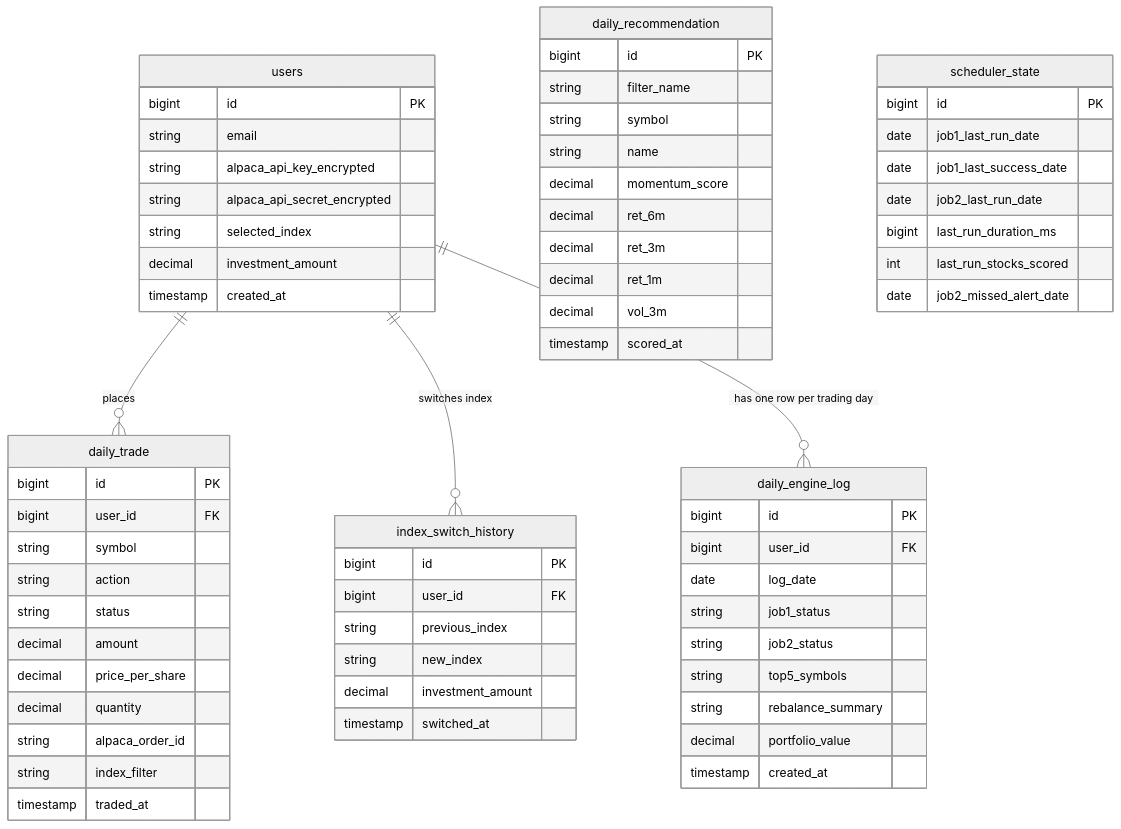
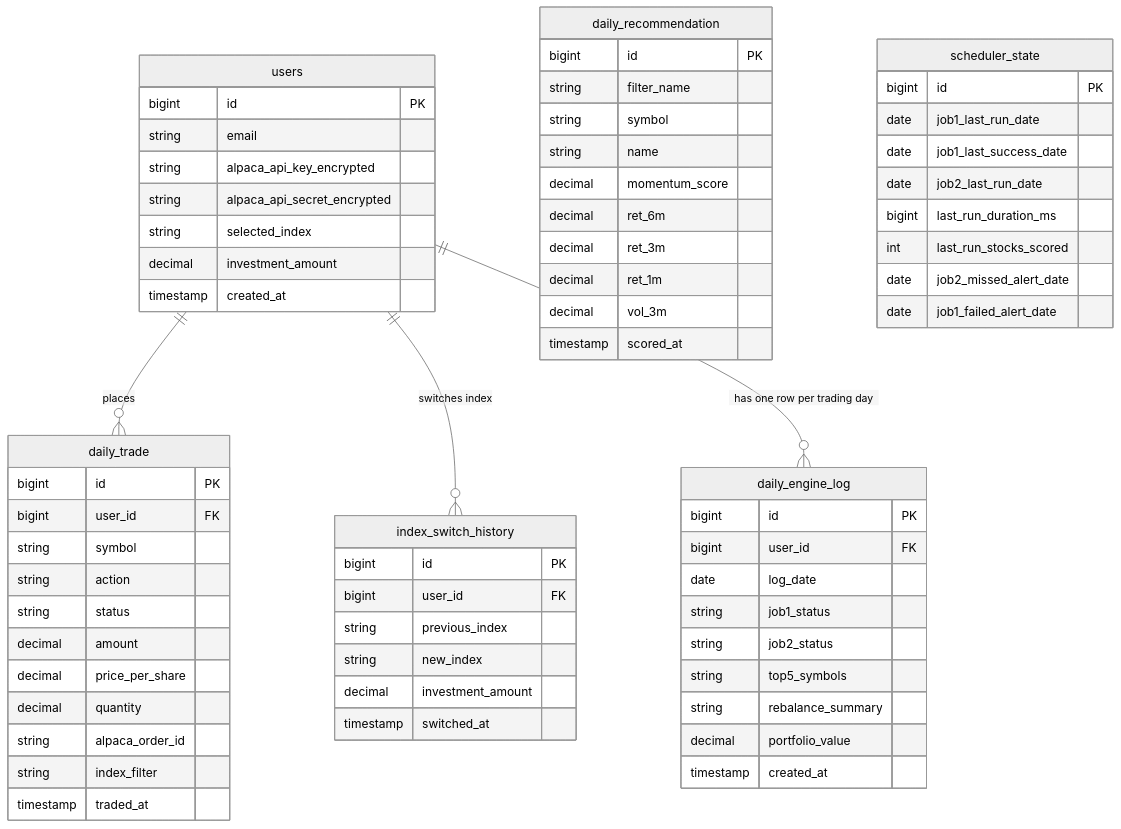
The diagram in docs/schema-diagram.md (shivam-tamboli/momentum-trading-system), drawn with Mermaid (neutral theme) before and after one commit. The commit also changed other lines of this file and 10 other files, not shown here.

````diff
--- a/docs/schema-diagram.md
+++ b/docs/schema-diagram.md
@@ -3,69 +3,70 @@
 ```mermaid
 erDiagram
     users ||--o{ daily_trade : "places"
     users ||--o{ index_switch_history : "switches index"
     users ||--o{ daily_engine_log : "has one row per trading day"
 
     users {
         bigint id PK
         string email
         string alpaca_api_key_encrypted
         string alpaca_api_secret_encrypted
         string selected_index
         decimal investment_amount
         timestamp created_at
     }
     daily_recommendation {
         bigint id PK
         string filter_name
         string symbol
         string name
         decimal momentum_score
         decimal ret_6m
         decimal ret_3m
         decimal ret_1m
         decimal vol_3m
         timestamp scored_at
     }
     daily_trade {
         bigint id PK
         bigint user_id FK
         string symbol
         string action
         string status
         decimal amount
         decimal price_per_share
         decimal quantity
         string alpaca_order_id
         string index_filter
         timestamp traded_at
     }
     index_switch_history {
         bigint id PK
         bigint user_id FK
         string previous_index
         string new_index
         decimal investment_amount
         timestamp switched_at
     }
     daily_engine_log {
         bigint id PK
         bigint user_id FK
         date log_date
         string job1_status
         string job2_status
         string top5_symbols
         string rebalance_summary
         decimal portfolio_value
         timestamp created_at
     }
     scheduler_state {
         bigint id PK
         date job1_last_run_date
         date job1_last_success_date
         date job2_last_run_date
         bigint last_run_duration_ms
         int last_run_stocks_scored
         date job2_missed_alert_date
+        date job1_failed_alert_date
     }
 ```
````
